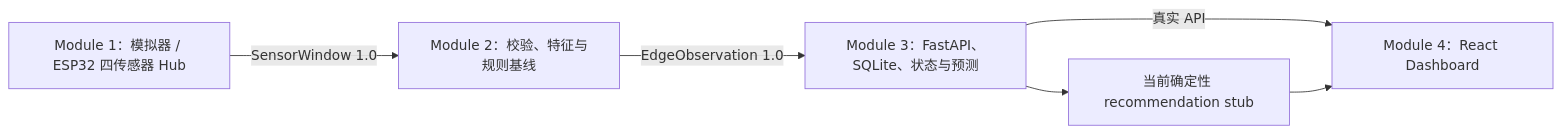
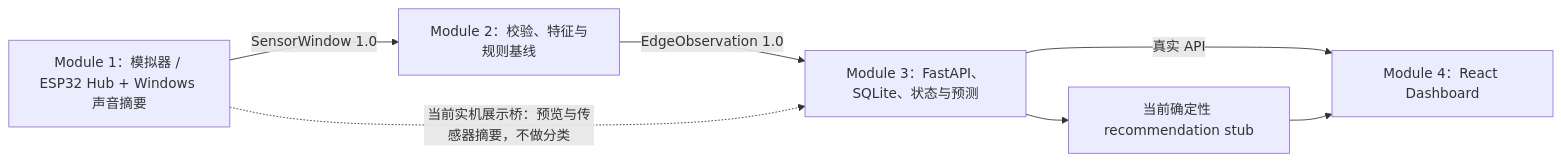
The diagram in README.md (Momoyo66c/privacy-preserving-study-space-advisor-public), drawn with Mermaid before and after one commit. The commit also changed other lines of this file, not shown here.

````diff
--- a/README.md
+++ b/README.md
@@ -13,8 +14,9 @@
 ```mermaid
 flowchart LR
-    H["Module 1：模拟器 / ESP32 四传感器 Hub"] -->|"SensorWindow 1.0"| M["Module 2：校验、特征与规则基线"]
+    H["Module 1：模拟器 / ESP32 Hub + Windows 声音摘要"] -->|"SensorWindow 1.0"| M["Module 2：校验、特征与规则基线"]
     M -->|"EdgeObservation 1.0"| B["Module 3：FastAPI、SQLite、状态与预测"]
+    H -.->|"当前实机展示桥：预览与传感器摘要，不做分类"| B
     B -->|"真实 API"| D["Module 4：React Dashboard"]
     B --> S["当前确定性 recommendation stub"]
     S --> D
 ```
````
